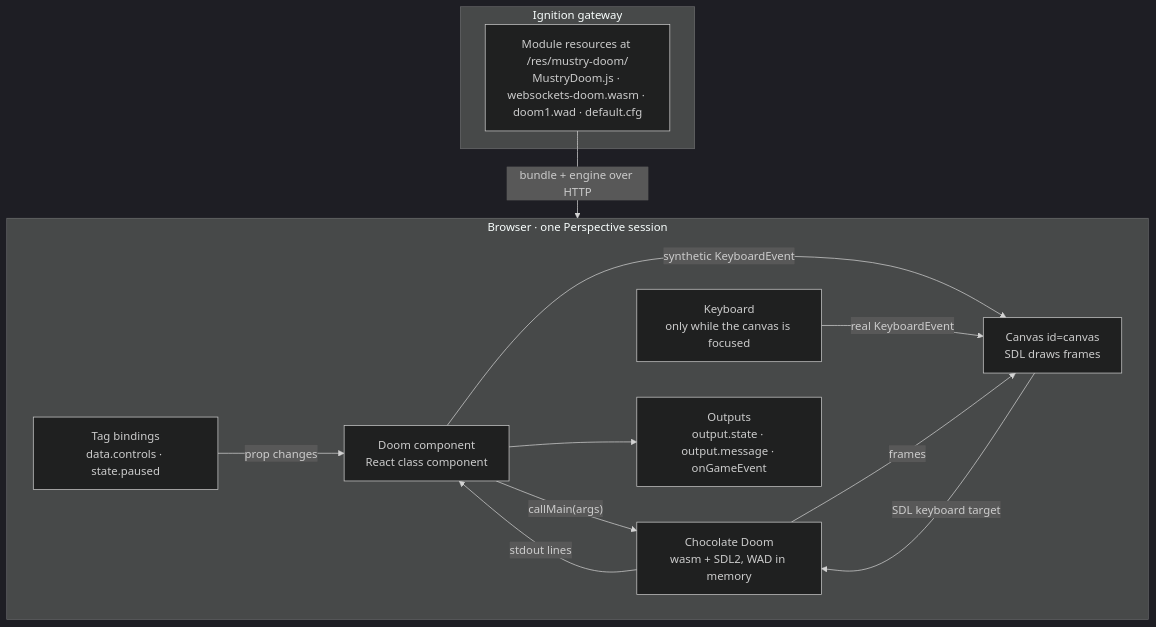
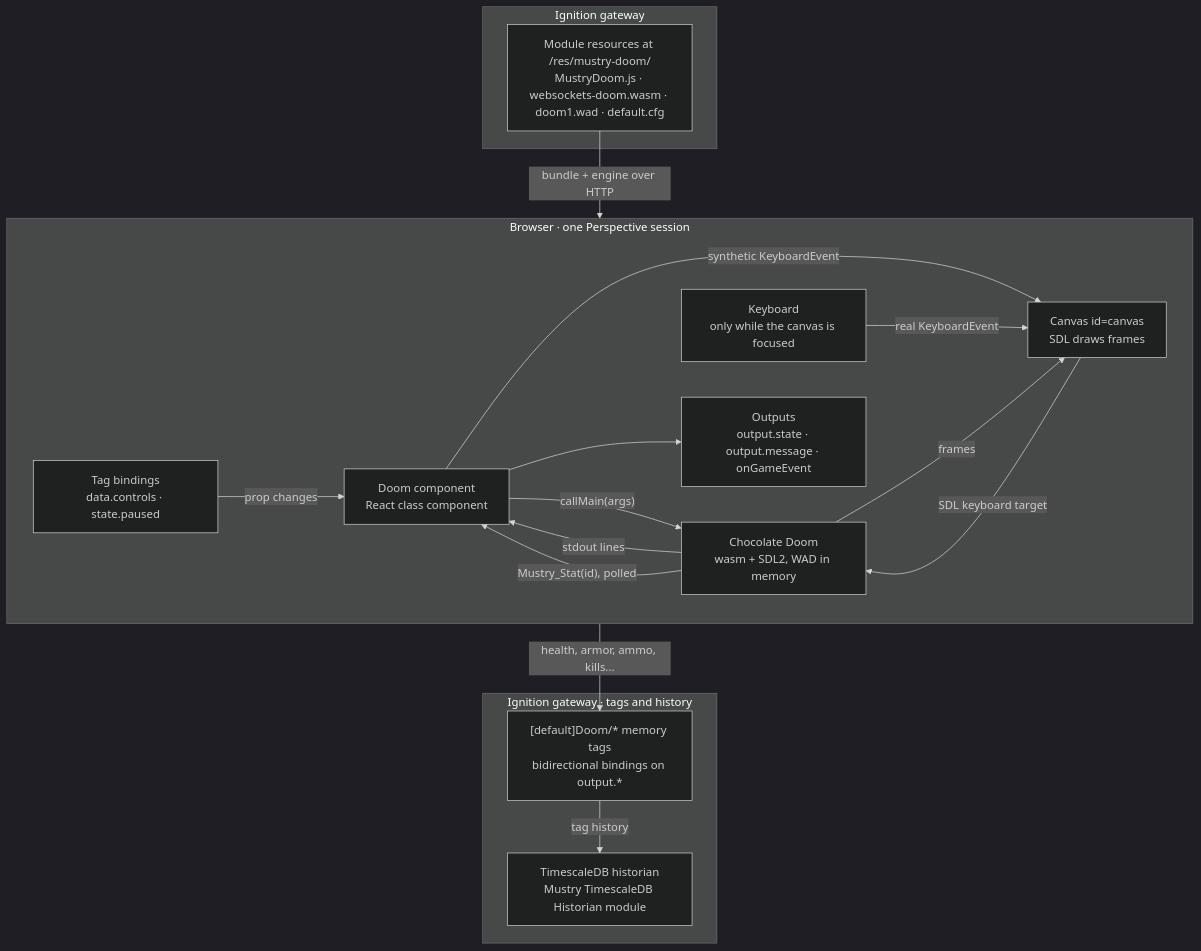
Before and after one commit to Mustry-Solutions/ignition-doom-module: the diagram in README.md, drawn with Mermaid (dark theme). The commit also changed other lines of this file and 20 other files, not shown here.

````diff
--- a/README.md
+++ b/README.md
@@ -25,26 +25,34 @@
 ```mermaid
 flowchart TB
     subgraph GW[Ignition gateway]
         RES["Module resources at /res/mustry-doom/<br/>MustryDoom.js · websockets-doom.wasm · doom1.wad · default.cfg"]
     end
 
     subgraph BR[Browser · one Perspective session]
         direction LR
         TAGS["Tag bindings<br/>data.controls · state.paused"]
         KEYS["Keyboard<br/>only while the canvas is focused"]
         COMP["Doom component<br/>React class component"]
         OUT["Outputs<br/>output.state · output.message · onGameEvent"]
         ENG["Chocolate Doom<br/>wasm + SDL2, WAD in memory"]
         CANVAS["Canvas id=canvas<br/>SDL draws frames"]
     end
 
+    subgraph HIST[Ignition gateway · tags and history]
+        TAGSOUT["[default]Doom/* memory tags<br/>bidirectional bindings on output.*"]
+        TSDB["TimescaleDB historian<br/>Mustry TimescaleDB Historian module"]
+    end
+
     RES -->|bundle + engine over HTTP| COMP
     TAGS -->|prop changes| COMP
     COMP -->|"callMain(args)"| ENG
     COMP -->|synthetic KeyboardEvent| CANVAS
     KEYS -->|real KeyboardEvent| CANVAS
     CANVAS -->|SDL keyboard target| ENG
     ENG -->|frames| CANVAS
     ENG -->|stdout lines| COMP
+    ENG -->|"Mustry_Stat(id), polled"| COMP
     COMP --> OUT
+    OUT -->|health, armor, ammo, kills...| TAGSOUT
+    TAGSOUT -->|tag history| TSDB
 ```
````
